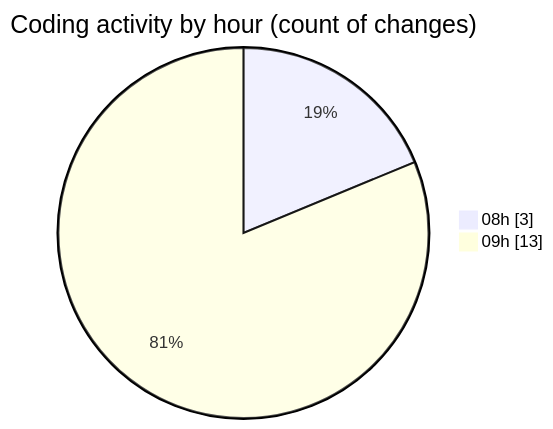
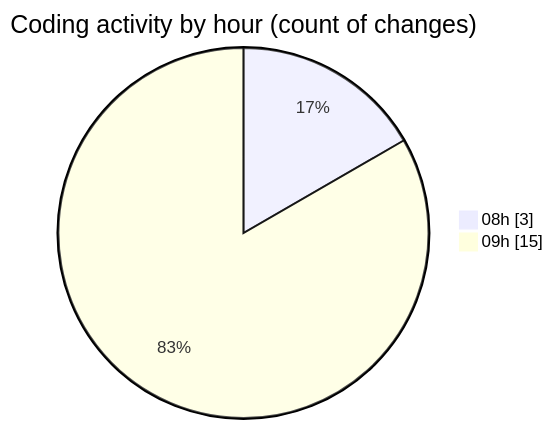
One commit to Unknowalive/code-tracking changed the second of 2 diagrams in 2026-09-03/web_tec_2026/README.md. Above: the diagram before and after it, drawn with Mermaid. The commit also changed other lines of this file and 1 other file, not shown here.

````diff
--- a/2026-09-03/web_tec_2026/README.md
+++ b/2026-09-03/web_tec_2026/README.md
@@ -40,6 +42,6 @@
 ```mermaid
 pie showData
 title Coding activity by hour (count of changes)
 "08h" : 3
-"09h" : 13
+"09h" : 15
 ```
````
